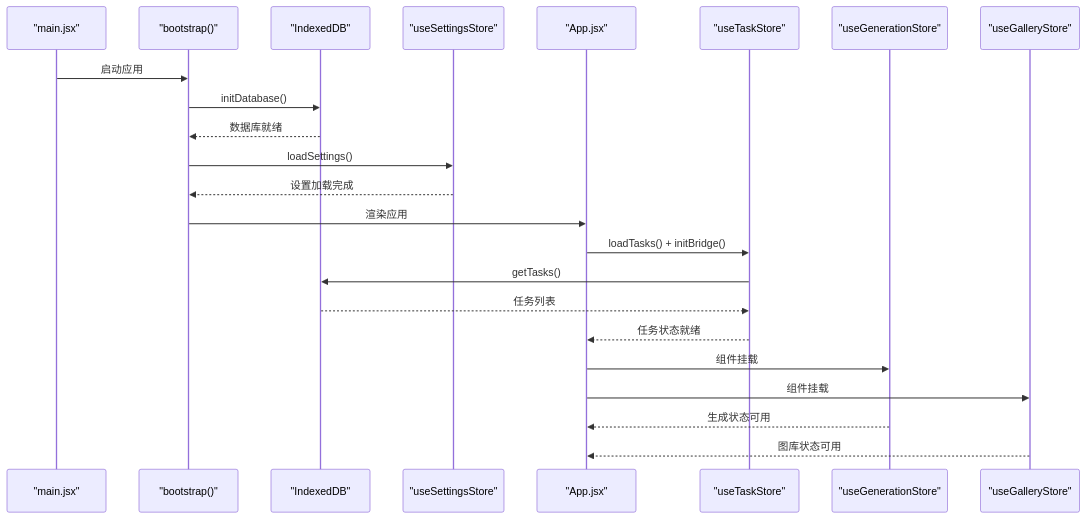
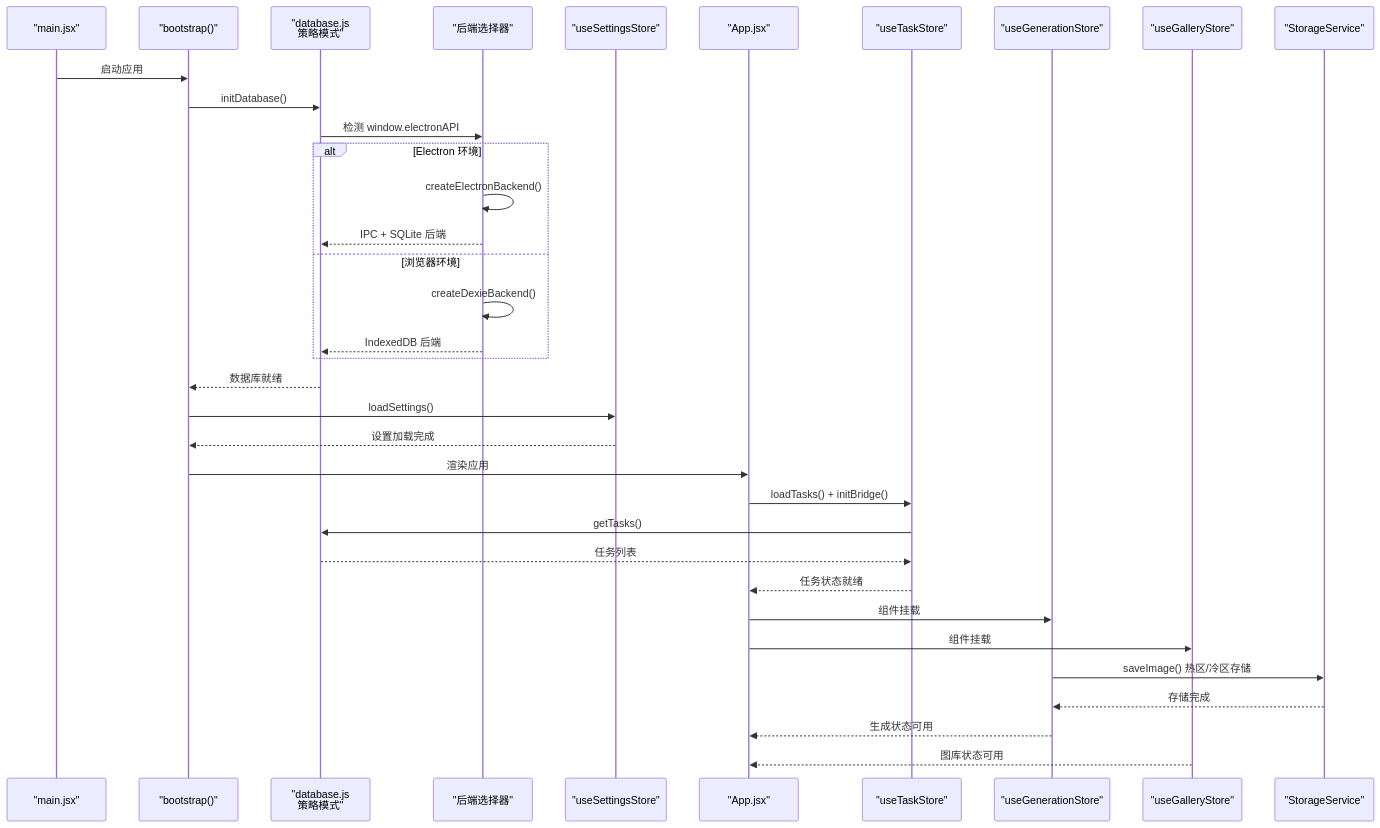
Before and after one commit to AlbusWei/AI-Image-Studio: the second of 14 diagrams in .qoder/repowiki/zh/content/架构设计/数据流设计/Zustand 状态管理/Zustand 状态管理.md, drawn with Mermaid. The commit also changed other lines of this file and 37 other files, not shown here.

First line of the commit message:
feat: 统一数据源 - 浏览器和 Electron 共享同一 SQLite 数据库

````diff
--- a/.qoder/repowiki/zh/content/架构设计/数据流设计/Zustand 状态管理/Zustand 状态管理.md
+++ b/.qoder/repowiki/zh/content/架构设计/数据流设计/Zustand 状态管理/Zustand 状态管理.md
@@ -159,25 +175,37 @@
 ```mermaid
 sequenceDiagram
 participant MAIN as "main.jsx"
 participant BOOT as "bootstrap()"
-participant DB as "IndexedDB"
+participant DB as "database.js<br/>策略模式"
+participant BACKEND as "后端选择器"
 participant SETTING as "useSettingsStore"
 participant APP as "App.jsx"
 participant TASK as "useTaskStore"
 participant GEN as "useGenerationStore"
 participant GAL as "useGalleryStore"
+participant STORAGE as "StorageService"
 MAIN->>BOOT : 启动应用
 BOOT->>DB : initDatabase()
+DB->>BACKEND : 检测 window.electronAPI
+alt Electron 环境
+BACKEND->>BACKEND : createElectronBackend()
+BACKEND-->>DB : IPC + SQLite 后端
+else 浏览器环境
+BACKEND->>BACKEND : createDexieBackend()
+BACKEND-->>DB : IndexedDB 后端
+end
 DB-->>BOOT : 数据库就绪
 BOOT->>SETTING : loadSettings()
 SETTING-->>BOOT : 设置加载完成
 BOOT->>APP : 渲染应用
 APP->>TASK : loadTasks() + initBridge()
 TASK->>DB : getTasks()
 DB-->>TASK : 任务列表
 TASK-->>APP : 任务状态就绪
 APP->>GEN : 组件挂载
 APP->>GAL : 组件挂载
+GEN->>STORAGE : saveImage() 热区/冷区存储
+STORAGE-->>GEN : 存储完成
 GEN-->>APP : 生成状态可用
 GAL-->>APP : 图库状态可用
 ```
````
